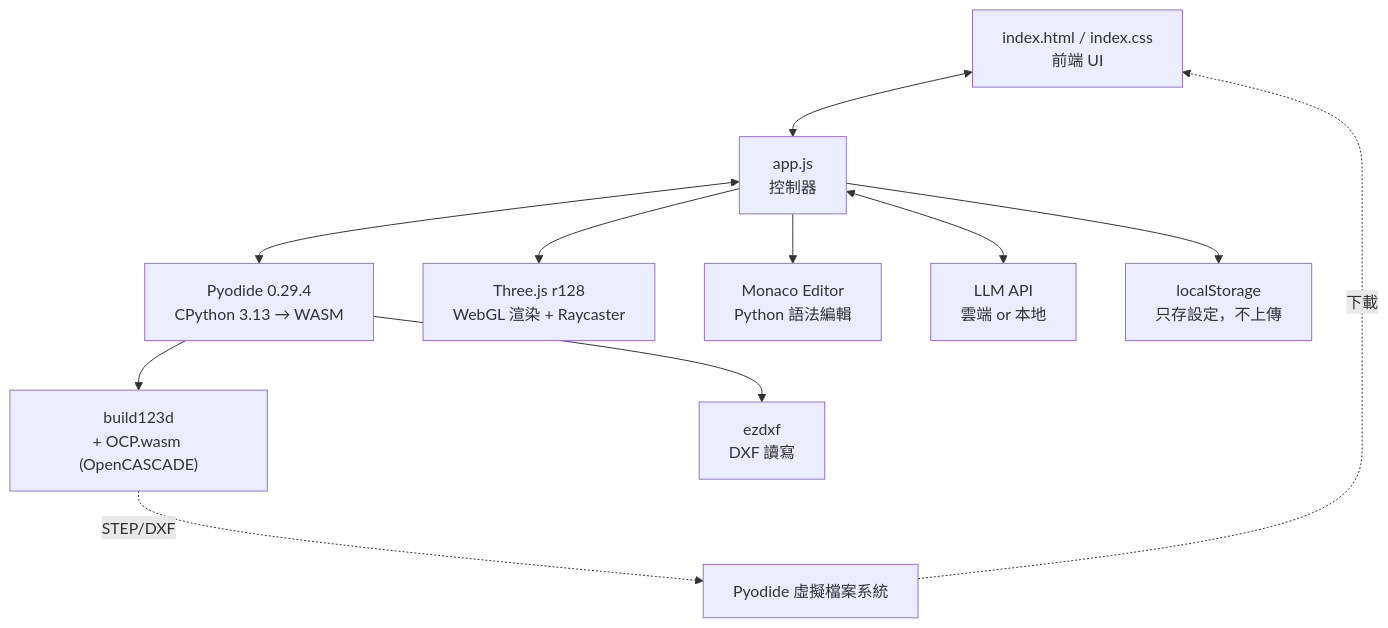
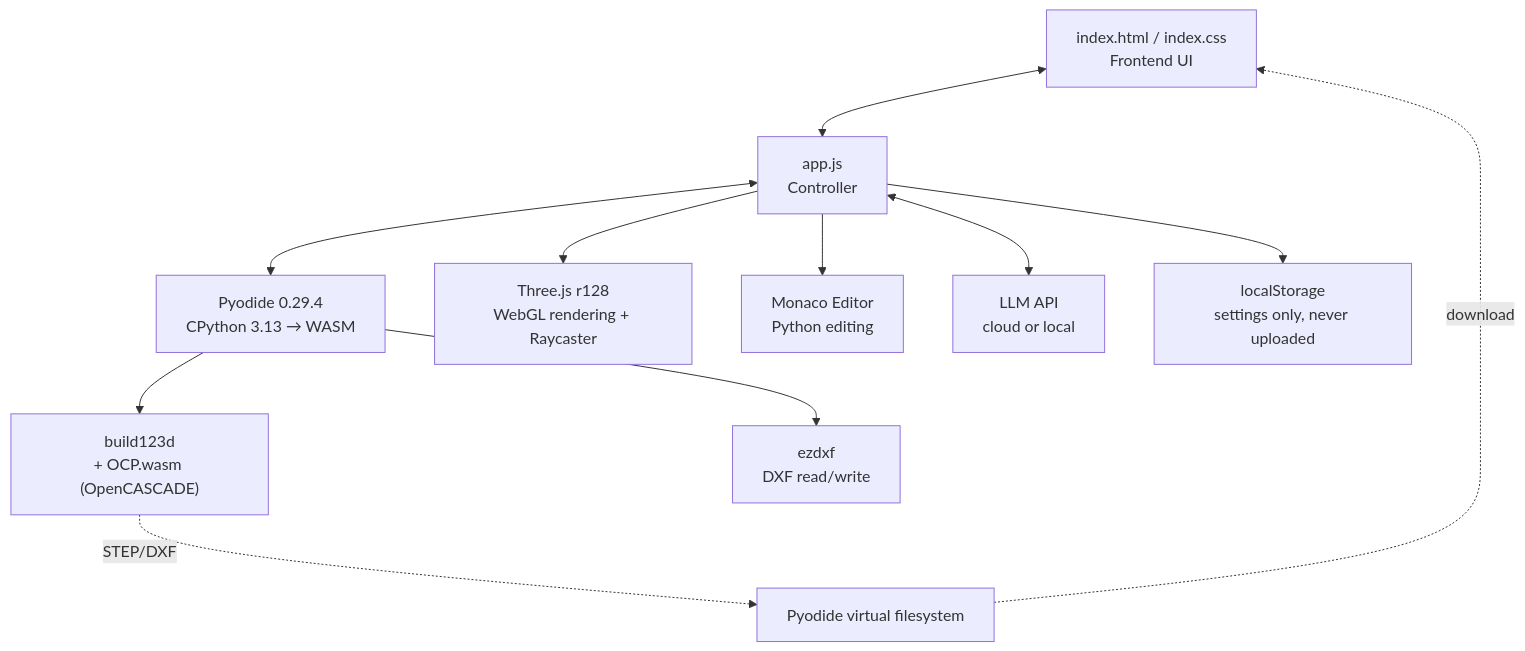
Before and after one commit to drogertieni/text-to-cad-studio: the diagram in README.md, drawn with Mermaid. The commit also changed other lines of this file and 2 other files, not shown here.

````diff
--- a/README.md
+++ b/README.md
@@ -69,14 +69,14 @@
 ```mermaid
 graph TD
-    UI["index.html / index.css<br/>前端 UI"] <--> APP["app.js<br/>控制器"]
+    UI["index.html / index.css<br/>Frontend UI"] <--> APP["app.js<br/>Controller"]
     APP <--> PY["Pyodide 0.29.4<br/>CPython 3.13 → WASM"]
     PY --> B123D["build123d<br/>+ OCP.wasm (OpenCASCADE)"]
-    PY --> EZDXF["ezdxf<br/>DXF 讀寫"]
-    APP --> THREE["Three.js r128<br/>WebGL 渲染 + Raycaster"]
-    APP --> MONACO["Monaco Editor<br/>Python 語法編輯"]
-    APP <--> LLM["LLM API<br/>雲端 or 本地"]
-    APP --> LS["localStorage<br/>只存設定，不上傳"]
+    PY --> EZDXF["ezdxf<br/>DXF read/write"]
+    APP --> THREE["Three.js r128<br/>WebGL rendering + Raycaster"]
+    APP --> MONACO["Monaco Editor<br/>Python editing"]
+    APP <--> LLM["LLM API<br/>cloud or local"]
+    APP --> LS["localStorage<br/>settings only, never uploaded"]
 
-    B123D -.STEP/DXF.-> FS["Pyodide 虛擬檔案系統"]
-    FS -.下載.-> UI
+    B123D -.STEP/DXF.-> FS["Pyodide virtual filesystem"]
+    FS -.download.-> UI
 ```
````
